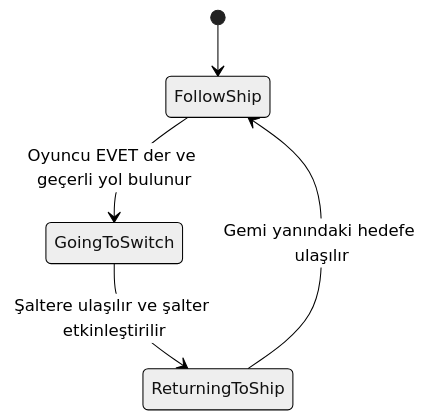
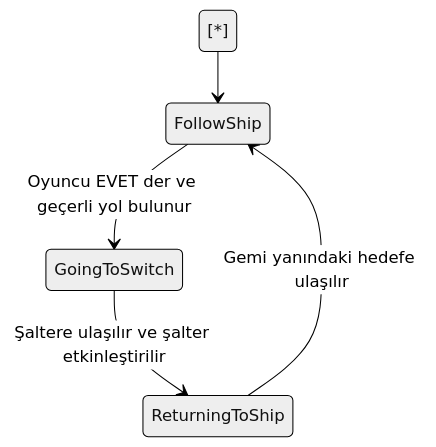
Before and after one commit to icanKuleli61/yaz_lab_unity_gelistirme_1: the first of 3 diagrams in README.md, drawn with Mermaid (neutral theme). The commit also changed other lines of this file, not shown here.

````diff
--- a/README.md
+++ b/README.md
@@ -187,8 +281,13 @@
 ```mermaid
+
 stateDiagram-v2
-    [*] --> FollowShip
 
-    FollowShip --> GoingToSwitch: Oyuncu EVET der ve geçerli yol bulunur
-    GoingToSwitch --> ReturningToShip: Şaltere ulaşılır ve şalter etkinleştirilir
-    ReturningToShip --> FollowShip: Gemi yanındaki hedefe ulaşılır
+    [\*] --> FollowShip
+
+    FollowShip --> GoingToSwitch: Oyuncu EVET der ve geçerli yol bulunur
+
+    GoingToSwitch --> ReturningToShip: Şaltere ulaşılır ve şalter etkinleştirilir
+
+    ReturningToShip --> FollowShip: Gemi yanındaki hedefe ulaşılır
+
 ```
````
